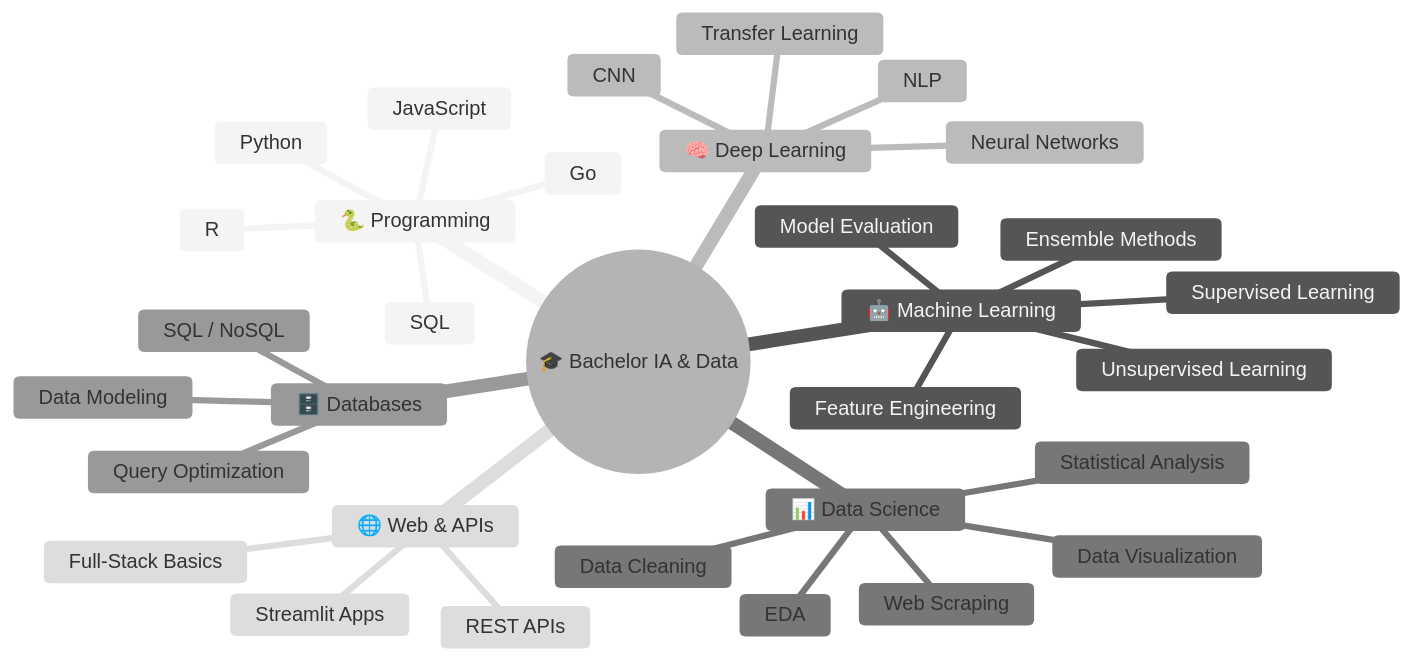
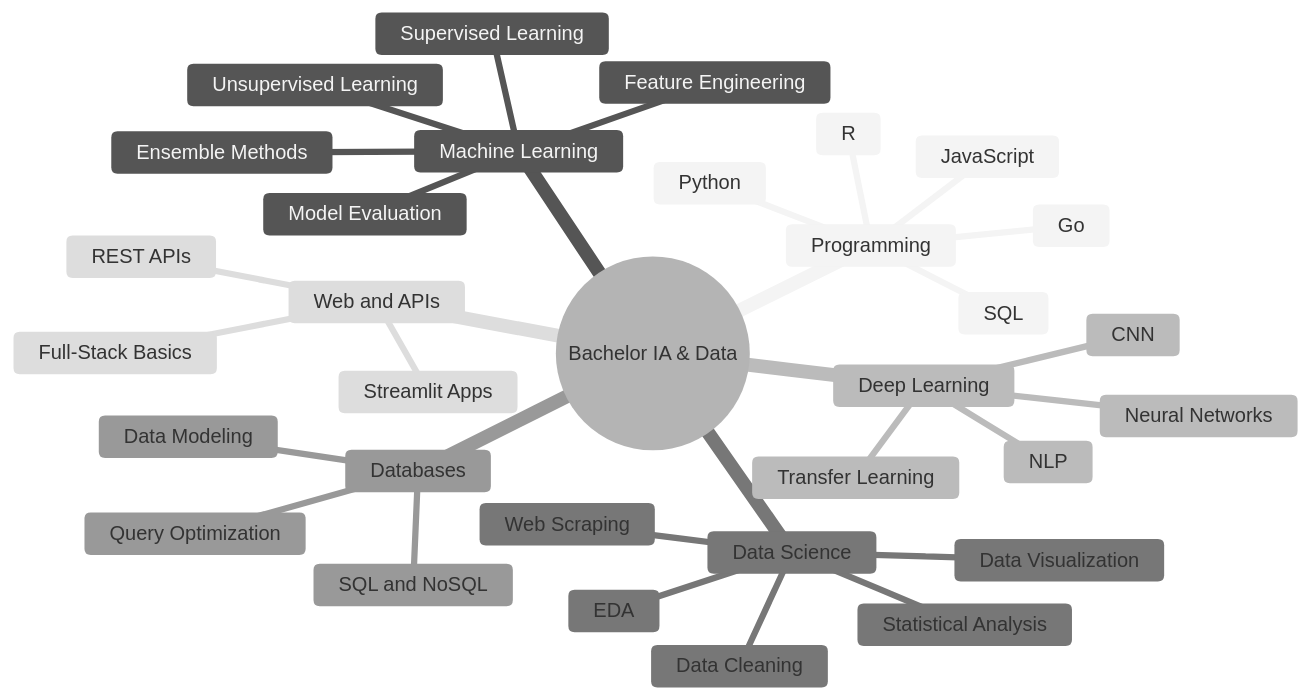
Before and after one commit to lucabarb/lucabarb: the diagram in README.md, drawn with Mermaid (neutral theme). The commit also changed other lines of this file, not shown here.

````diff
--- a/README.md
+++ b/README.md
@@ -164,35 +152,35 @@
 ```mermaid
 mindmap
-  root((🎓 Bachelor IA & Data))
-    🐍 Programming
+  root((Bachelor IA & Data))
+    Programming
       Python
       Go
       SQL
       JavaScript
       R
-    🤖 Machine Learning
+    Machine Learning
       Supervised Learning
       Unsupervised Learning
       Ensemble Methods
       Model Evaluation
       Feature Engineering
-    🧠 Deep Learning
+    Deep Learning
       Neural Networks
       CNN
       NLP
       Transfer Learning
-    📊 Data Science
+    Data Science
       EDA
       Data Cleaning
       Statistical Analysis
       Data Visualization
       Web Scraping
-    🗄️ Databases
-      SQL / NoSQL
+    Databases
+      SQL and NoSQL
       Data Modeling
       Query Optimization
-    🌐 Web & APIs
+    Web and APIs
       REST APIs
       Streamlit Apps
       Full-Stack Basics
 ```
````
